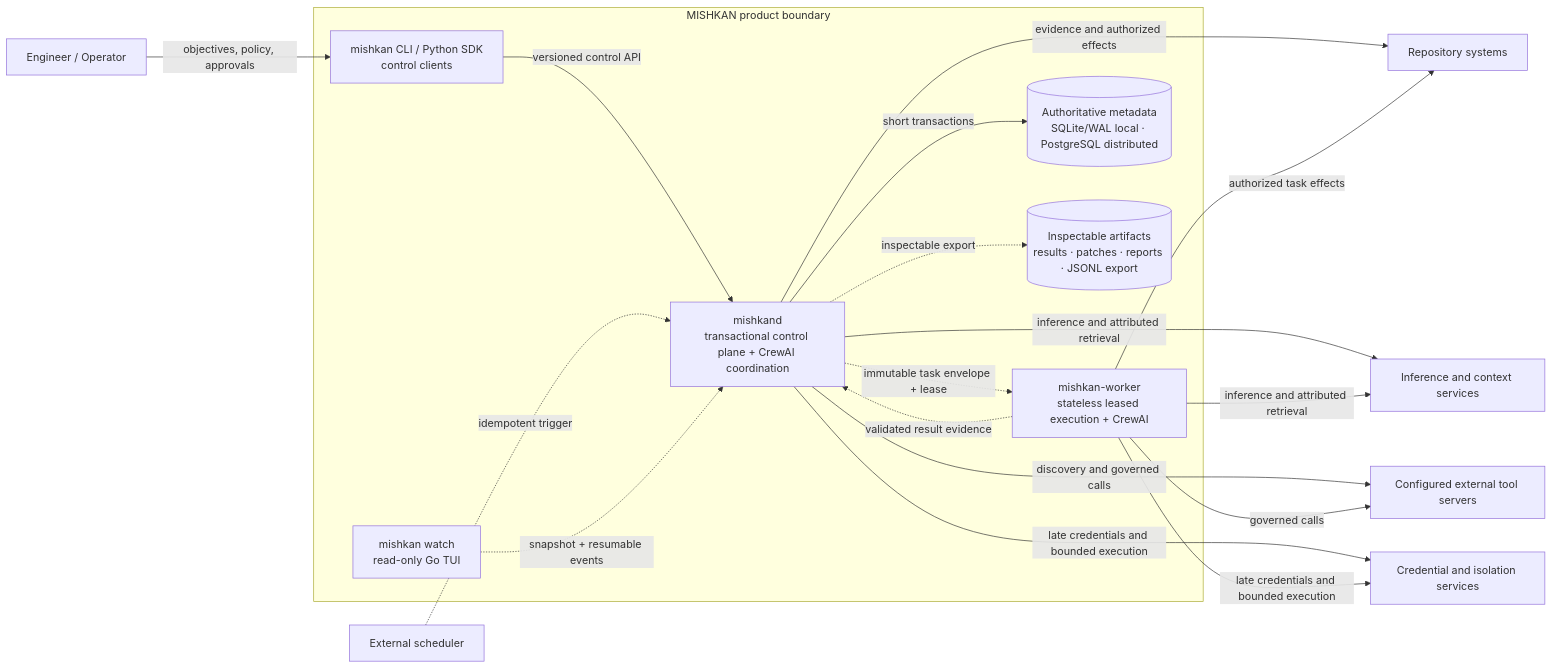
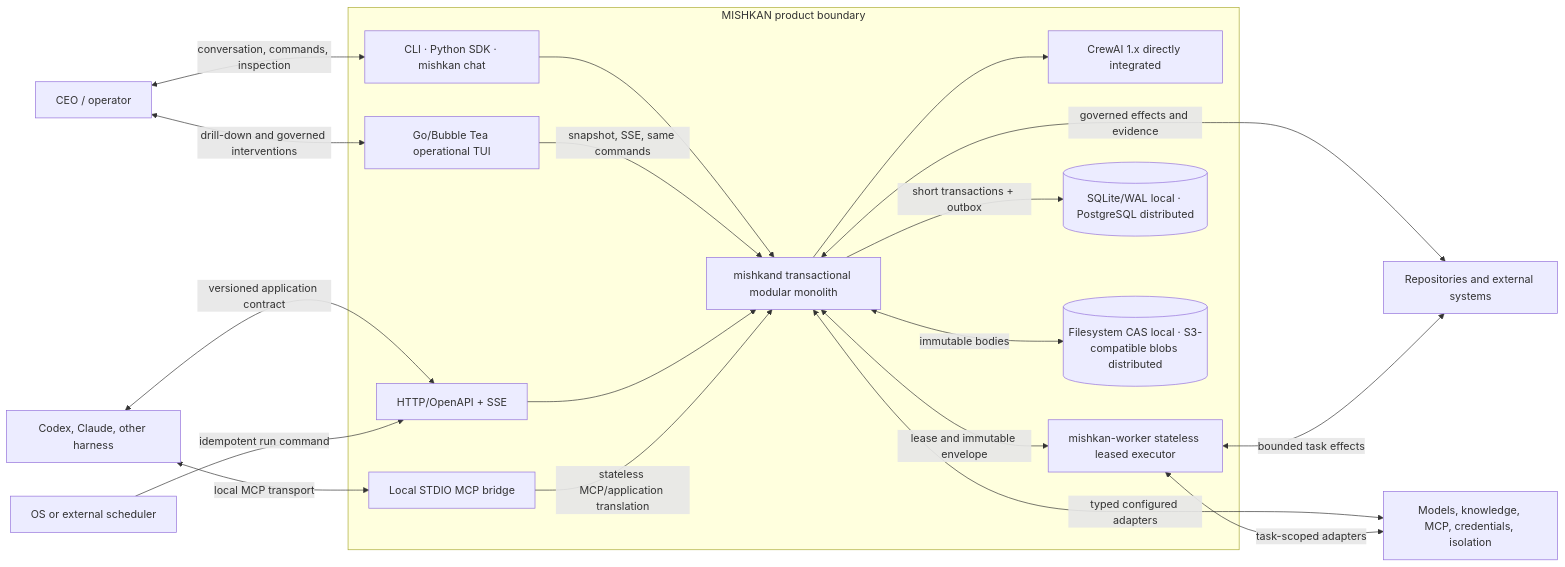
One commit to Y4NN777/mishkan changed the first of 2 diagrams in docs/SYSTEM/ARCHITECTURE.md. Above: the diagram before and after it, drawn with Mermaid. The commit also changed other lines of this file and 1 other file, not shown here.

Commit message:
docs(model): derive mission capability and harness behavior

````diff
--- a/docs/SYSTEM/ARCHITECTURE.md
+++ b/docs/SYSTEM/ARCHITECTURE.md
@@ -38,35 +29,38 @@
 ```mermaid
 flowchart LR
-    Engineer["Engineer / Operator"]
-    Scheduler["External scheduler"]
-    Repo["Repository systems"]
-    Context["Inference and context services"]
-    Tools["Configured external tool servers"]
-    Security["Credential and isolation services"]
+    CEO["CEO / operator"]
+    Harness["Codex, Claude, other harness"]
+    Scheduler["OS or external scheduler"]
+    Repos["Repositories and external systems"]
+    Services["Models, knowledge, MCP, credentials, isolation"]
 
     subgraph Product["MISHKAN product boundary"]
-        Client["mishkan CLI / Python SDK<br/>control clients"]
-        Daemon["mishkand<br/>transactional control plane + CrewAI coordination"]
-        Worker["mishkan-worker<br/>stateless leased execution + CrewAI"]
-        Watch["mishkan watch<br/>read-only Go TUI"]
-        Metadata[("Authoritative metadata<br/>SQLite/WAL local · PostgreSQL distributed")]
-        Artifacts[("Inspectable artifacts<br/>results · patches · reports · JSONL export")]
+        Clients["CLI · Python SDK · mishkan chat"]
+        TUI["Go/Bubble Tea operational TUI"]
+        HTTP["HTTP/OpenAPI + SSE"]
+        Bridge["Local STDIO MCP bridge"]
+        Daemon["mishkand transactional modular monolith"]
+        CrewAI["CrewAI 1.x directly integrated"]
+        Worker["mishkan-worker stateless leased executor"]
+        Metadata[("SQLite/WAL local · PostgreSQL distributed")]
+        Content[("Filesystem CAS local · S3-compatible blobs distributed")]
     end
 
-    Engineer -->|objectives, policy, approvals| Client
-    Client -->|versioned control API| Daemon
-    Scheduler -.->|idempotent trigger| Daemon
-    Watch -.->|snapshot + resumable events| Daemon
-    Daemon -->|short transactions| Metadata
-    Daemon -.->|immutable task envelope + lease| Worker
-    Worker -.->|validated result evidence| Daemon
-    Daemon -.->|inspectable export| Artifacts
-    Daemon -->|evidence and authorized effects| Repo
-    Daemon -->|inference and attributed retrieval| Context
-    Daemon -->|discovery and governed calls| Tools
-    Daemon -->|late credentials and bounded execution| Security
-    Worker -->|authorized task effects| Repo
-    Worker -->|inference and attributed retrieval| Context
-    Worker -->|governed calls| Tools
-    Worker -->|late credentials and bounded execution| Security
+    CEO <-->|"conversation, commands, inspection"| Clients
+    CEO <-->|"drill-down and governed interventions"| TUI
+    Harness <-->|"versioned application contract"| HTTP
+    Harness <-->|"local MCP transport"| Bridge
+    Scheduler -->|"idempotent run command"| HTTP
+    Clients --> Daemon
+    TUI -->|"snapshot, SSE, same commands"| Daemon
+    HTTP --> Daemon
+    Bridge -->|"stateless MCP/application translation"| Daemon
+    Daemon --> CrewAI
+    Daemon -->|"short transactions + outbox"| Metadata
+    Daemon <-->|"immutable bodies"| Content
+    Daemon <-->|"lease and immutable envelope"| Worker
+    Daemon <-->|"governed effects and evidence"| Repos
+    Worker <-->|"bounded task effects"| Repos
+    Daemon <-->|"typed configured adapters"| Services
+    Worker <-->|"task-scoped adapters"| Services
 ```
````
